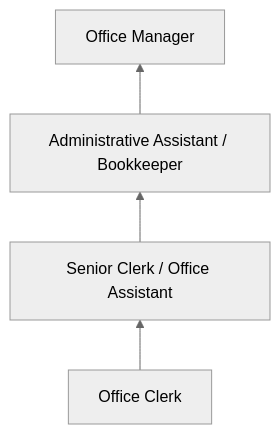
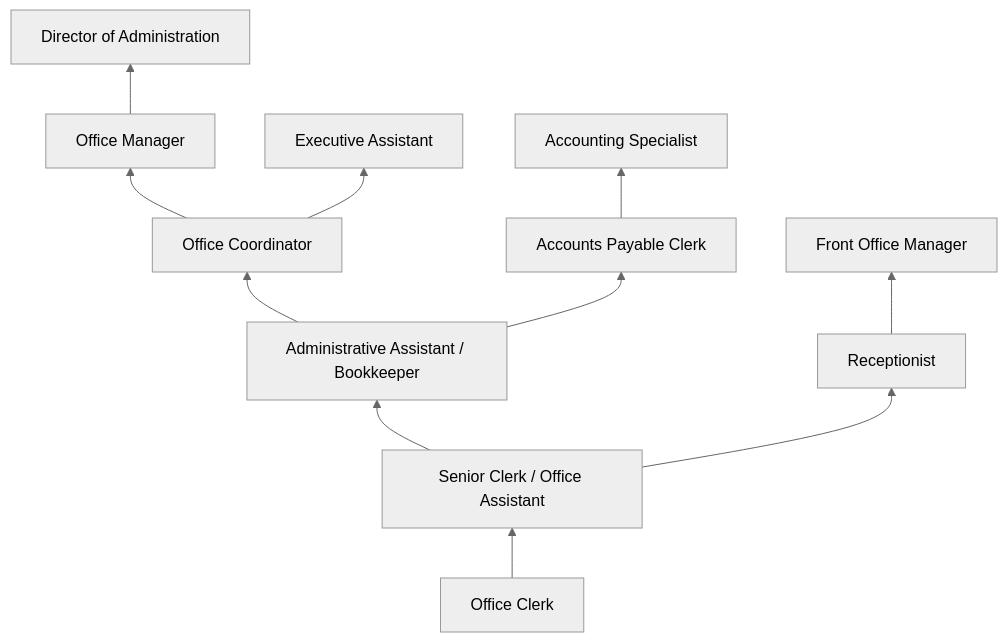
One commit to kziemski/business.org.ai changed the third of 4 diagrams in occupations/Administrative/OfficeClerksGeneral.mdx. Above: the diagram before and after it, drawn with Mermaid (neutral theme). The commit also changed other lines of this file and 19 other files, not shown here.

````diff
--- a/occupations/Administrative/OfficeClerksGeneral.mdx
+++ b/occupations/Administrative/OfficeClerksGeneral.mdx
@@ -74,6 +136,16 @@
 ```mermaid
 graph BT
     Entry["Office Clerk"] --> Mid["Senior Clerk / Office Assistant"]
     Mid --> Specialist["Administrative Assistant / Bookkeeper"]
-    Specialist --> Manager["Office Manager"]
+    Specialist --> Coordinator["Office Coordinator"]
+    Coordinator --> Manager["Office Manager"]
+    Manager --> Director["Director of Administration"]
+
+    Mid --> Receptionist["Receptionist"]
+    Receptionist --> FrontDesk["Front Office Manager"]
+
+    Specialist --> AP["Accounts Payable Clerk"]
+    AP --> Accounting["Accounting Specialist"]
+
+    Coordinator --> EA["Executive Assistant"]
 ```
````
